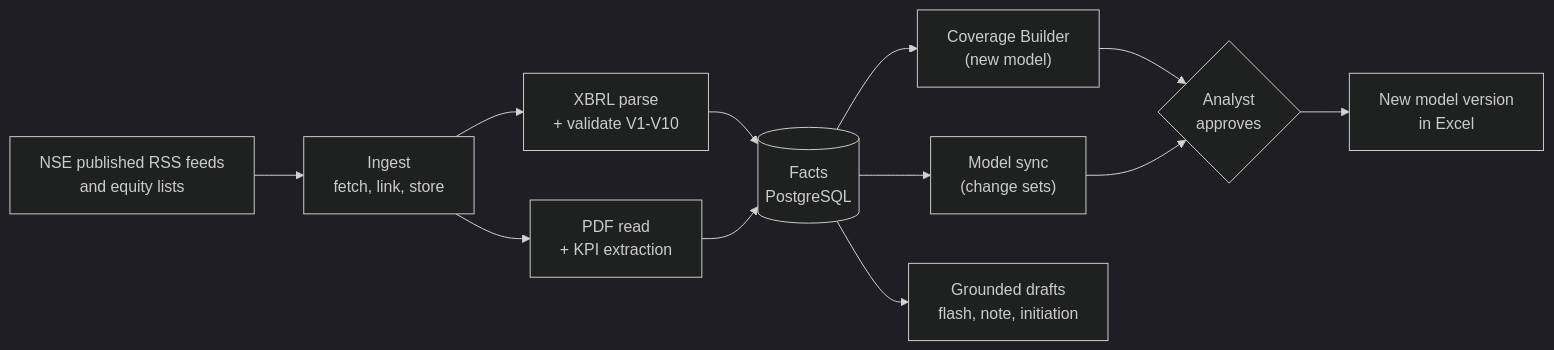
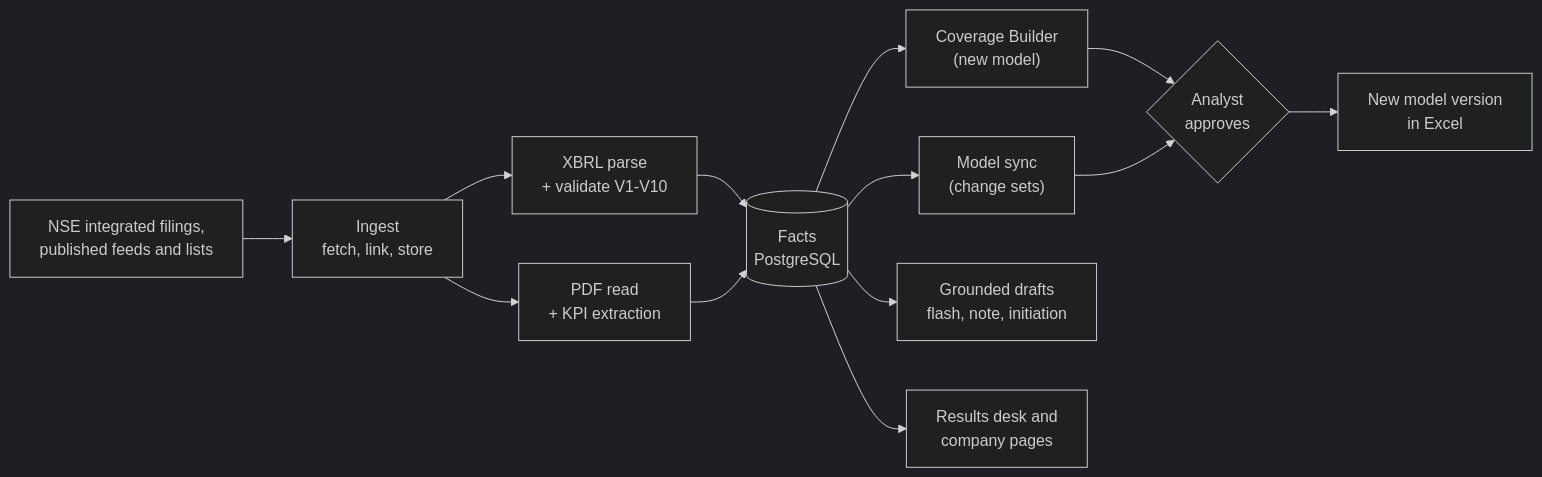
The diagram in README.md (KAttal007/Analekh), drawn with Mermaid (dark theme) before and after one commit. The commit also changed other lines of this file and 31 other files, not shown here.

````diff
--- a/README.md
+++ b/README.md
@@ -42,14 +46,15 @@
 ```mermaid
 flowchart LR
-    NSE["NSE published RSS feeds<br/>and equity lists"] --> Ingest["Ingest<br/>fetch, link, store"]
+    NSE["NSE integrated filings,<br/>published feeds and lists"] --> Ingest["Ingest<br/>fetch, link, store"]
     Ingest --> XBRL["XBRL parse<br/>+ validate V1-V10"]
     Ingest --> Docs["PDF read<br/>+ KPI extraction"]
     XBRL --> Facts[("Facts<br/>PostgreSQL")]
     Docs --> Facts
     Facts --> Build["Coverage Builder<br/>(new model)"]
     Facts --> Sync["Model sync<br/>(change sets)"]
     Build --> Approve{"Analyst<br/>approves"}
     Sync --> Approve
     Approve --> Excel["New model version<br/>in Excel"]
     Facts --> GenAI["Grounded drafts<br/>flash, note, initiation"]
+    Facts --> Desk["Results desk and<br/>company pages"]
 ```
````
